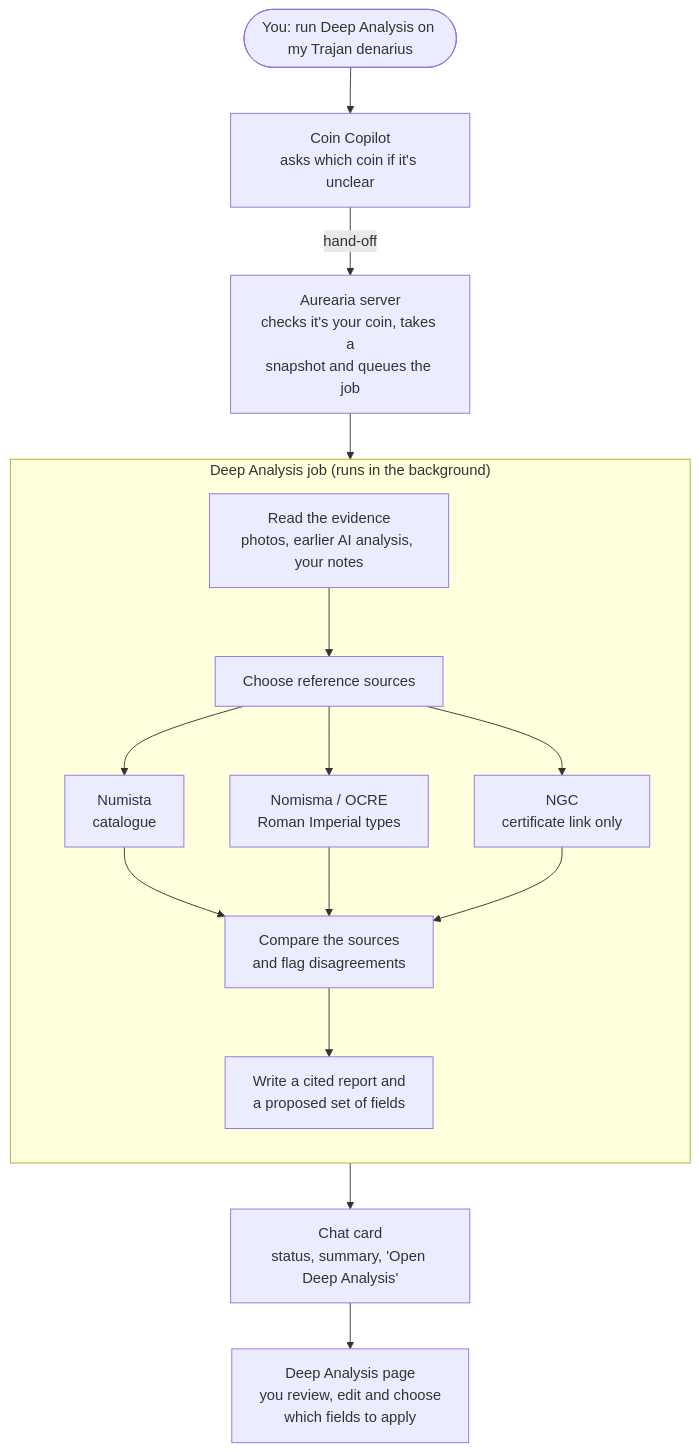
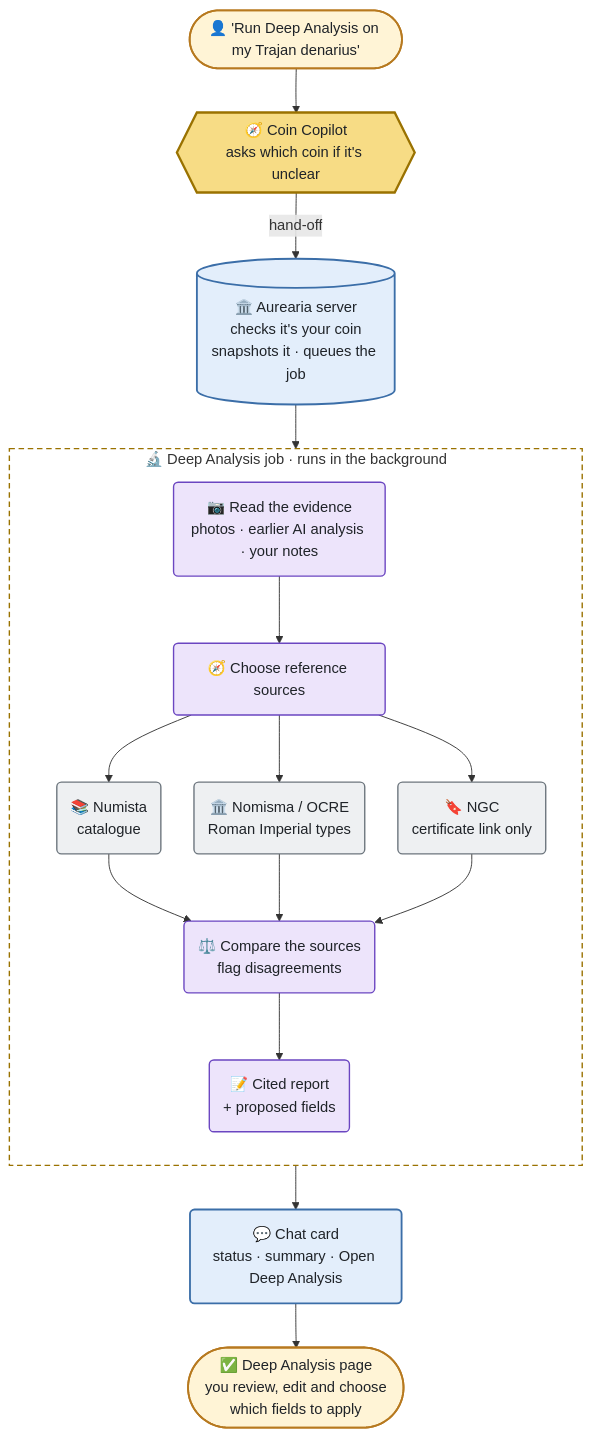
One commit to briandenicola/Aurearia changed the fourth of 5 diagrams in docs/features/how-coin-copilot-works.md. Above: the diagram before and after it, drawn with Mermaid. The commit also changed other lines of this file, not shown here.

First line of the commit message:
docs: restyle Copilot guide diagrams for GitHub light and dark themes

````diff
--- a/docs/features/how-coin-copilot-works.md
+++ b/docs/features/how-coin-copilot-works.md
@@ -216,21 +262,38 @@
 ```mermaid
+%%{init: {"flowchart": {"curve": "basis", "nodeSpacing": 36, "rankSpacing": 48}}}%%
 flowchart TB
-    You(["You: run Deep Analysis on my Trajan denarius"]) --> Copilot["Coin Copilot<br/>asks which coin if it's unclear"]
-    Copilot -- "hand-off" --> Server["Aurearia server<br/>checks it's your coin, takes a<br/>snapshot and queues the job"]
+    You(["👤 'Run Deep Analysis on my Trajan denarius'"]):::person
+    Copilot{{"🧭 Coin Copilot<br/>asks which coin if it's unclear"}}:::copilot
+    Server[("🏛️ Aurearia server<br/>checks it's your coin<br/>snapshots it · queues the job")]:::server
 
-    subgraph DeepAnalysis["Deep Analysis job (runs in the background)"]
+    subgraph Job["🔬 Deep Analysis job · runs in the background"]
         direction TB
-        E["Read the evidence<br/>photos, earlier AI analysis, your notes"] --> Rt["Choose reference sources"]
-        Rt --> N["Numista<br/>catalogue"]
-        Rt --> O["Nomisma / OCRE<br/>Roman Imperial types"]
-        Rt --> G["NGC<br/>certificate link only"]
-        N --> Ev["Compare the sources<br/>and flag disagreements"]
-        O --> Ev
-        G --> Ev
-        Ev --> Sy["Write a cited report and<br/>a proposed set of fields"]
+        E("📷 Read the evidence<br/>photos · earlier AI analysis · your notes"):::identify
+        Rt("🧭 Choose reference sources"):::identify
+        N("📚 Numista<br/>catalogue"):::outside
+        O("🏛️ Nomisma / OCRE<br/>Roman Imperial types"):::outside
+        G("🔖 NGC<br/>certificate link only"):::outside
+        Ev("⚖️ Compare the sources<br/>flag disagreements"):::identify
+        Sy("📝 Cited report<br/>+ proposed fields"):::identify
+        E --> Rt
+        Rt --> N & O & G
+        N & O & G --> Ev
+        Ev --> Sy
     end
 
-    Server --> E
-    Sy --> Card["Chat card<br/>status, summary, 'Open Deep Analysis'"]
-    Card --> Page["Deep Analysis page<br/>you review, edit and choose<br/>which fields to apply"]
+    Card("💬 Chat card<br/>status · summary · Open Deep Analysis"):::server
+    Page(["✅ Deep Analysis page<br/>you review, edit and choose<br/>which fields to apply"]):::person
+
+    You --> Copilot -- "hand-off" --> Server --> E
+    Sy --> Card --> Page
+
+    classDef person fill:#fff4d6,stroke:#b7791f,stroke-width:2px,color:#1f2328
+    classDef server fill:#e3eefb,stroke:#3b6ea8,stroke-width:2px,color:#1f2328
+    classDef copilot fill:#f7dc85,stroke:#9a7200,stroke-width:2.5px,color:#1f2328
+    classDef collection fill:#e3f4e8,stroke:#2f855a,stroke-width:1.5px,color:#1f2328
+    classDef market fill:#fde7d3,stroke:#c05621,stroke-width:1.5px,color:#1f2328
+    classDef identify fill:#ede4fb,stroke:#6b46c1,stroke-width:1.5px,color:#1f2328
+    classDef outside fill:#eef0f2,stroke:#6c757d,stroke-width:1.5px,color:#1f2328
+    classDef decision fill:#fff4d6,stroke:#b7791f,stroke-width:2px,color:#1f2328
+    style Job fill:none,stroke:#9a7200,stroke-width:1.5px,stroke-dasharray:6 4
 ```
````
